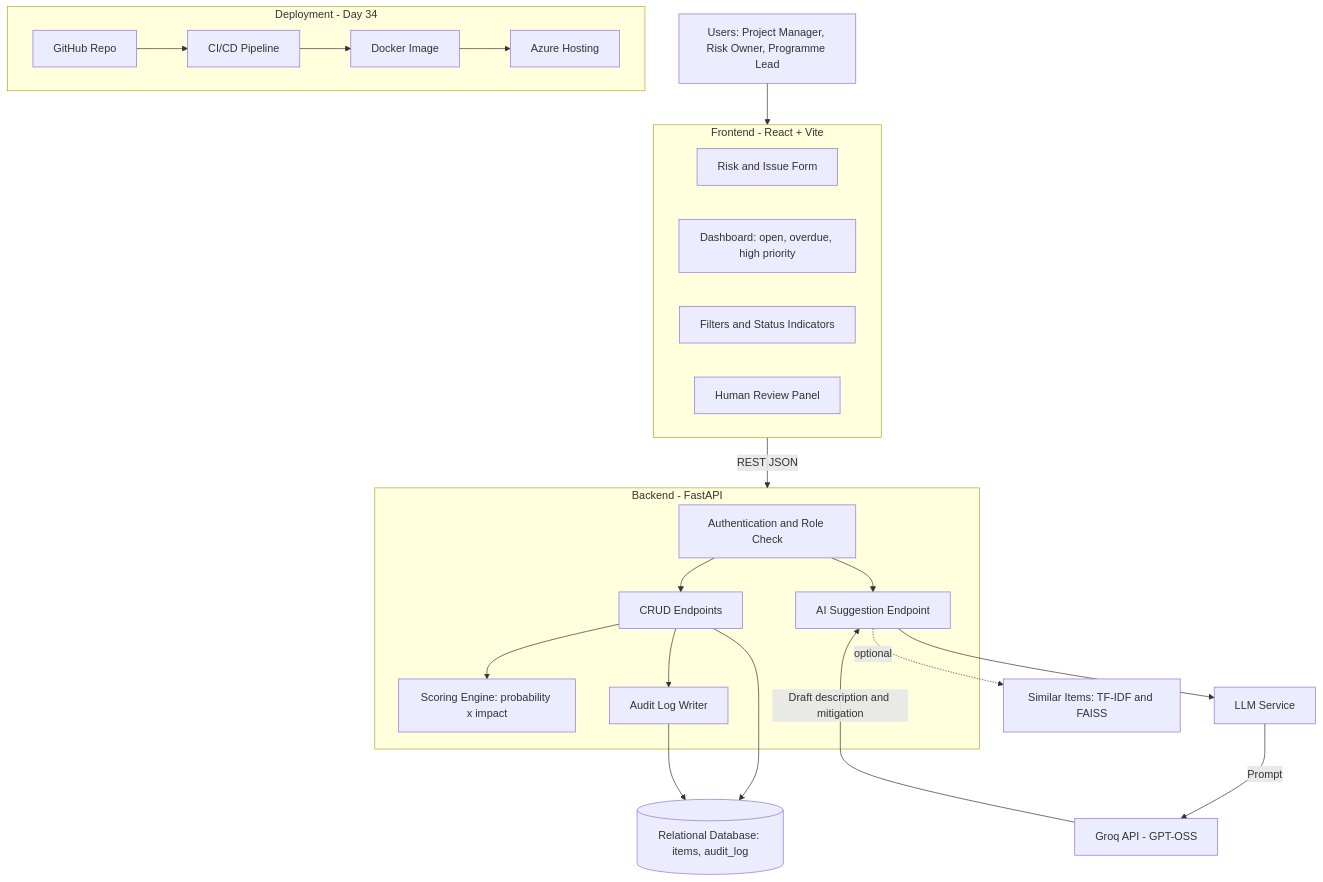
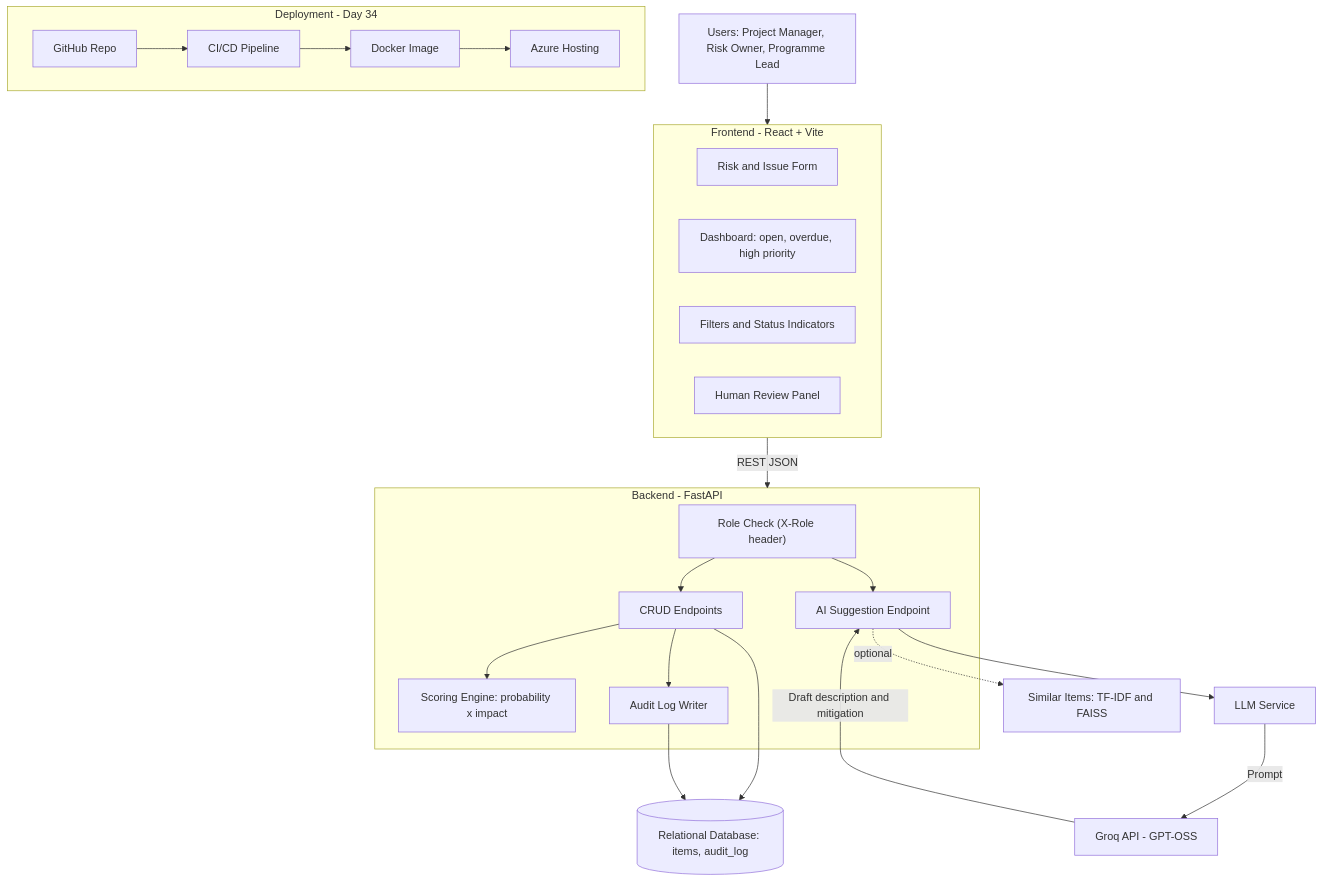
One commit to hershul12/ai-risk-issue-assistant changed the diagram in docs/architecture.md. Above: the diagram before and after it, drawn with Mermaid.

Commit message:
Docs: correct architecture label to Role Check (X-Role header)

````diff
--- a/docs/architecture.md
+++ b/docs/architecture.md
@@ -3,38 +3,38 @@
 ```mermaid
 flowchart TB
     U["Users: Project Manager, Risk Owner, Programme Lead"] --> UI
 
     subgraph UI["Frontend - React + Vite"]
         FORM["Risk and Issue Form"]
         DASH["Dashboard: open, overdue, high priority"]
         FILT["Filters and Status Indicators"]
         REV["Human Review Panel"]
     end
 
     UI -->|"REST JSON"| API
 
     subgraph API["Backend - FastAPI"]
-        AUTH["Authentication and Role Check"]
+        AUTH["Role Check (X-Role header)"]
         CRUD["CRUD Endpoints"]
         SCORE["Scoring Engine: probability x impact"]
         SUGG["AI Suggestion Endpoint"]
         AUDIT["Audit Log Writer"]
         AUTH --> CRUD
         AUTH --> SUGG
         CRUD --> SCORE
         CRUD --> AUDIT
     end
 
     CRUD --> DB[("Relational Database: items, audit_log")]
     AUDIT --> DB
     SUGG --> LLM["LLM Service"]
     LLM -->|"Prompt"| GROQ["Groq API - GPT-OSS"]
     GROQ -->|"Draft description and mitigation"| SUGG
     SUGG -.->|"optional"| SIM["Similar Items: TF-IDF and FAISS"]
 
     subgraph DEVOPS["Deployment - Day 34"]
         GH["GitHub Repo"] --> CICD["CI/CD Pipeline"]
         CICD --> DOCKER["Docker Image"]
         DOCKER --> AZURE["Azure Hosting"]
     end
 ```
````
